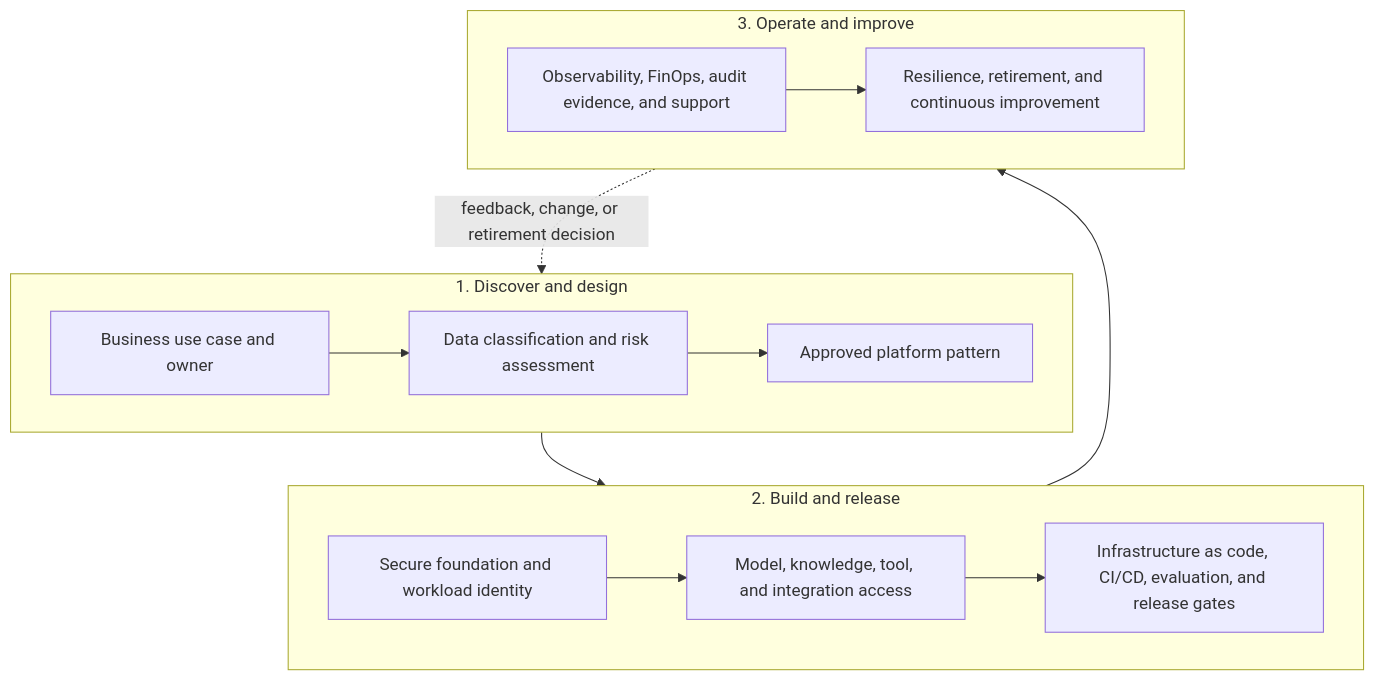
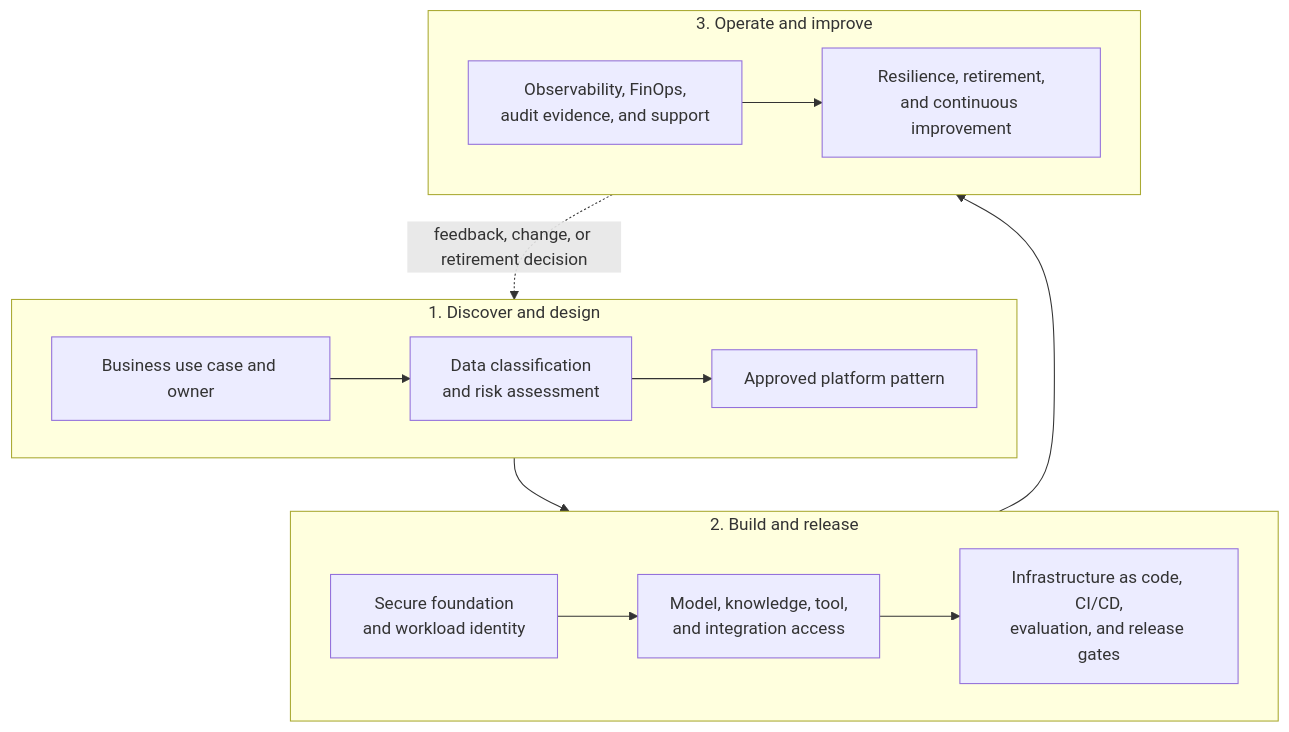
The third of 3 diagrams in docs/architecture.md (afaryy/cloudai-platform), drawn with Mermaid before and after one commit. The commit also changed other lines of this file and 2 other files, not shown here.

Commit message:
docs: improve architecture diagram readability

````diff
--- a/docs/architecture.md
+++ b/docs/architecture.md
@@ -110,30 +110,30 @@
 ```mermaid
 flowchart TB
   usecase["Business use case and owner"]
-  assessment["Data classification and risk assessment"]
+  assessment["Data classification<br/>and risk assessment"]
   pattern["Approved platform pattern"]
-  secure["Secure foundation and workload identity"]
-  access["Model, knowledge, tool, and integration access"]
-  release["Infrastructure as code, CI/CD, evaluation, and release gates"]
-  operate["Observability, FinOps, audit evidence, and support"]
-  improve["Resilience, retirement, and continuous improvement"]
+  secure["Secure foundation<br/>and workload identity"]
+  access["Model, knowledge, tool,<br/>and integration access"]
+  release["Infrastructure as code, CI/CD,<br/>evaluation, and release gates"]
+  operate["Observability, FinOps,<br/>audit evidence, and support"]
+  improve["Resilience, retirement,<br/>and continuous improvement"]
 
   subgraph discover["1. Discover and design"]
     direction LR
     usecase --> assessment --> pattern
   end
 
   subgraph deliver["2. Build and release"]
     direction LR
     secure --> access --> release
   end
 
   subgraph operate_loop["3. Operate and improve"]
     direction LR
     operate --> improve
   end
 
   pattern --> secure
   release --> operate
   improve -. "feedback, change, or retirement decision" .-> assessment
 ```
````
